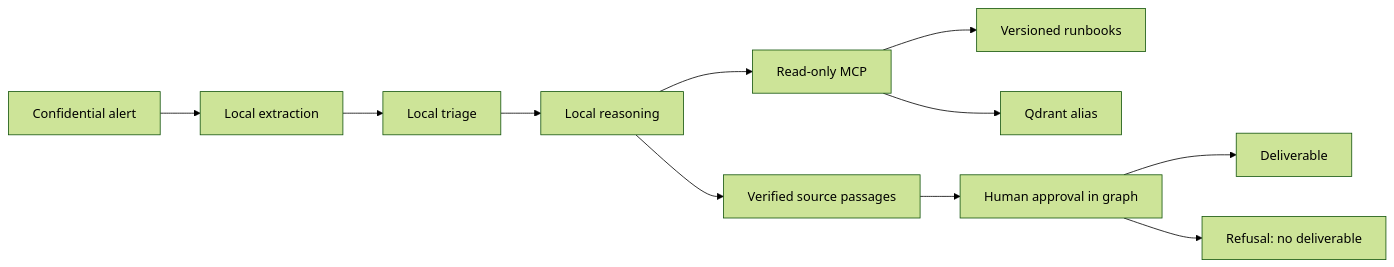
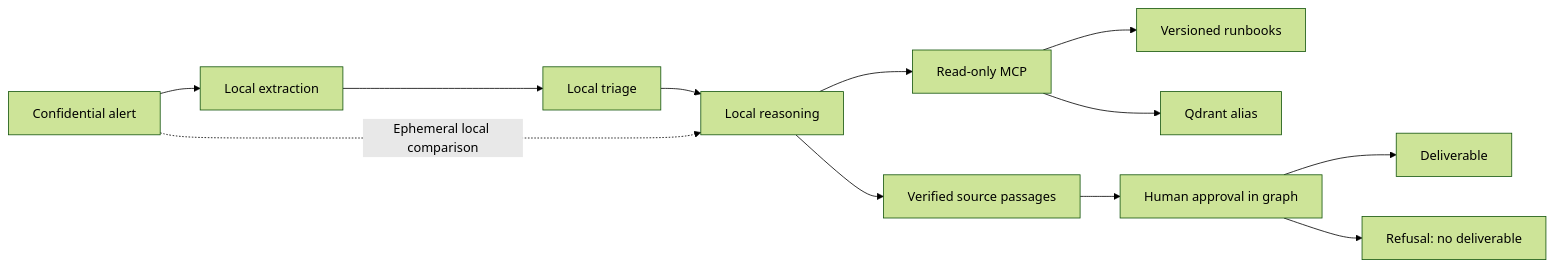
One commit to Vedric/ambicrafted-platform-workspace changed the diagram in README.md. Above: the diagram before and after it, drawn with Mermaid (forest theme). The commit also changed other lines of this file and 4 other files, not shown here.

````diff
--- a/README.md
+++ b/README.md
@@ -144,13 +147,14 @@
 ```mermaid
 flowchart LR
   A[Confidential alert] --> E[Local extraction]
   E --> T[Local triage]
   T --> R[Local reasoning]
+  A -. Ephemeral local comparison .-> R
   R --> M[Read-only MCP]
   M --> F[Versioned runbooks]
   M --> Q[Qdrant alias]
   R --> G[Verified source passages]
   G --> H[Human approval in graph]
   H --> D[Deliverable]
   H --> X[Refusal: no deliverable]
 ```
````
